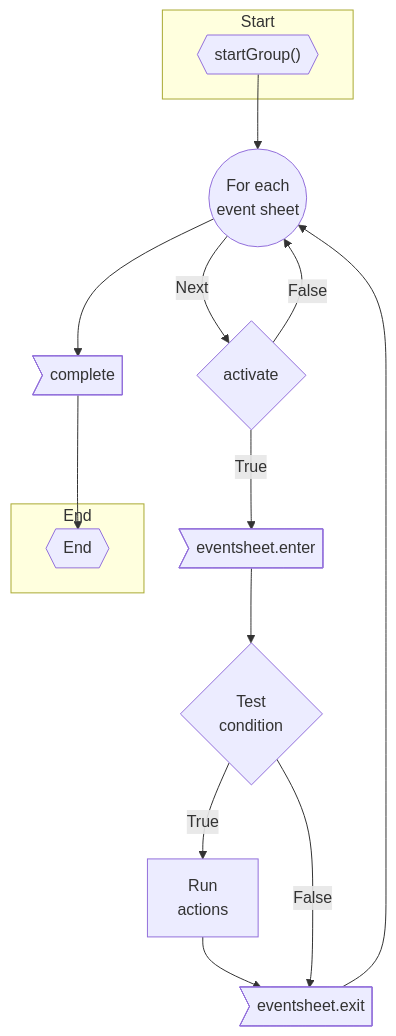
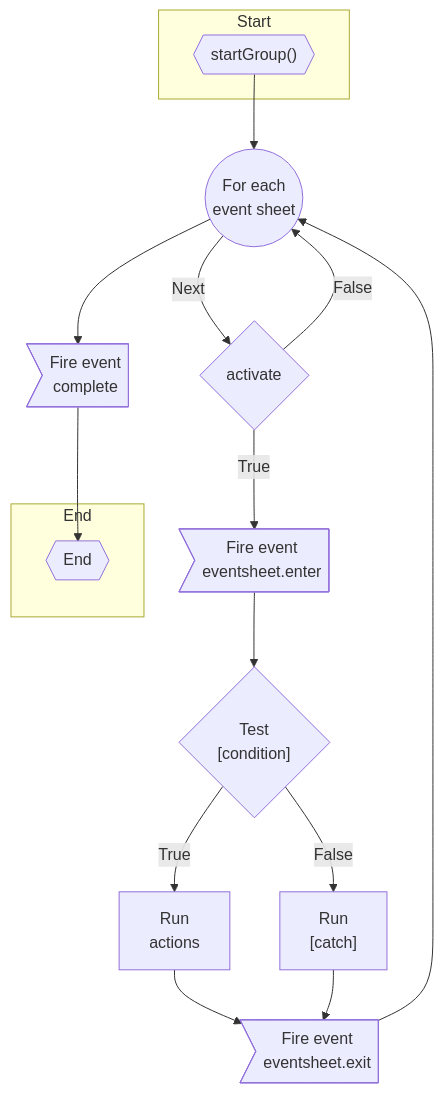
One commit to rexrainbow/phaser3-rex-notes changed the diagram in docs/docs/markedeventsheet.md. Above: the diagram before and after it, drawn with Mermaid. The commit also changed other lines of this file, not shown here.

Commit message:
Update description

````diff
--- a/docs/docs/markedeventsheet.md
+++ b/docs/docs/markedeventsheet.md
@@ -166,25 +166,26 @@
 ```mermaid
 graph TD
 
     subgraph Start
     startGroup{{"startGroup()"}} 
     end
 
     subgraph End
     endnode{{End}}
     end
 
     startGroup --> foreacheventsheet((For each\nevent sheet))
 
     foreacheventsheet --> |Next| activate{activate}
-    activate --> |True| enterevent>eventsheet.enter]
-    enterevent --> condition{Test\ncondition}
+    activate --> |True| enterevent>Fire event\neventsheet.enter]
+    enterevent --> condition{"Test\n[condition]"}
     condition --> |True| actions[Run\nactions]    
-    actions --> exitevent>eventsheet.exit]   
-    condition --> |False| exitevent    
+    actions --> exitevent>Fire event\neventsheet.exit]   
+    condition --> |False| catch["Run\n[catch]"]    
+    catch --> exitevent
     exitevent --> foreacheventsheet
     activate --> |False| foreacheventsheet
 
-    foreacheventsheet --> completeevent>complete]
+    foreacheventsheet --> completeevent>Fire event\ncomplete]
     completeevent --> endnode
 ```
````
